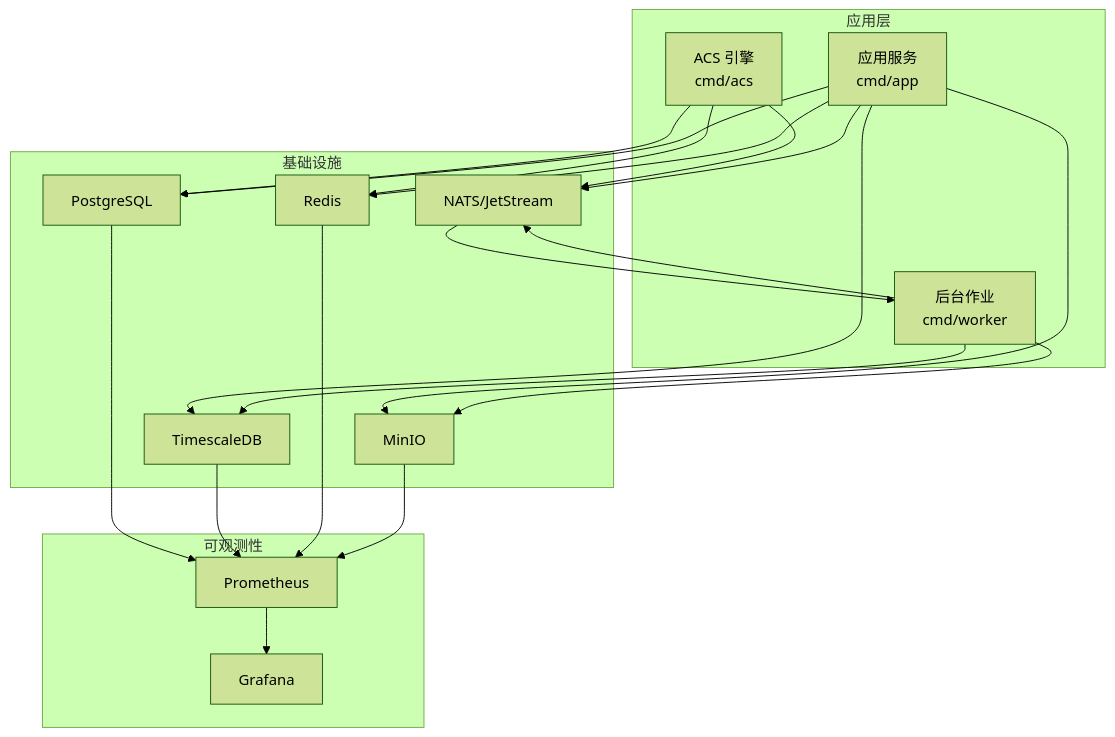
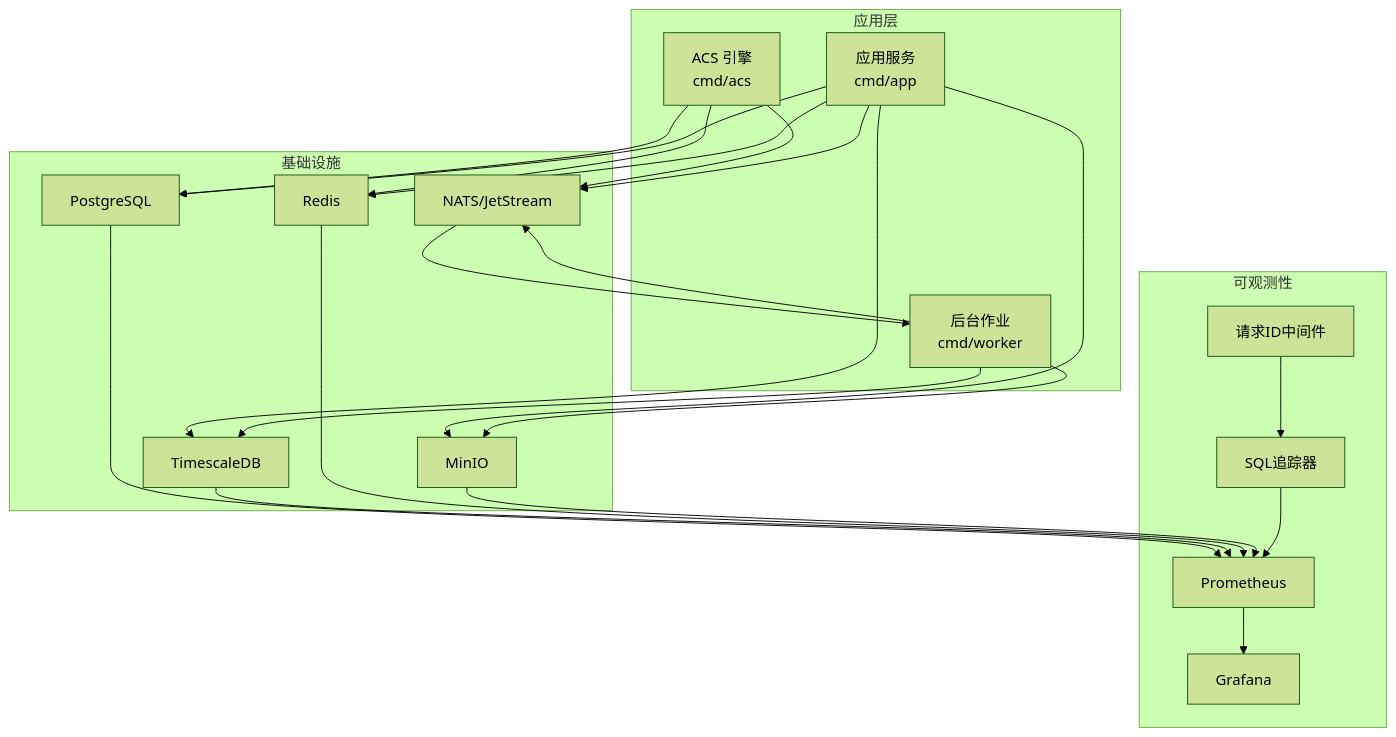
Before and after one commit to bixinhaner/xomc: the first of 11 diagrams in .qoder/repowiki/zh/content/性能优化/性能优化.md, drawn with Mermaid (forest theme). The commit also changed other lines of this file and 6 other files, not shown here.

````diff
--- a/.qoder/repowiki/zh/content/性能优化/性能优化.md
+++ b/.qoder/repowiki/zh/content/性能优化/性能优化.md
@@ -55,36 +74,40 @@
 ```mermaid
 graph TB
 subgraph "应用层"
 ACS["ACS 引擎<br/>cmd/acs"]
 APP["应用服务<br/>cmd/app"]
 WORKER["后台作业<br/>cmd/worker"]
 end
 subgraph "基础设施"
 REDIS["Redis"]
 PG["PostgreSQL"]
 TS["TimescaleDB"]
 MINIO["MinIO"]
 NATS["NATS/JetStream"]
 end
 subgraph "可观测性"
 PROM["Prometheus"]
 GRAF["Grafana"]
+REQID["请求ID中间件"]
+SQLTRACER["SQL追踪器"]
 end
 ACS --> REDIS
 ACS --> PG
 APP --> PG
 APP --> TS
 APP --> REDIS
 APP --> MINIO
 WORKER --> TS
 WORKER --> MINIO
 WORKER --> NATS
 ACS --> NATS
 APP --> NATS
 NATS --> WORKER
 PG --> PROM
 TS --> PROM
 REDIS --> PROM
 MINIO --> PROM
+REQID --> SQLTRACER
+SQLTRACER --> PROM
 PROM --> GRAF
 ```
````
